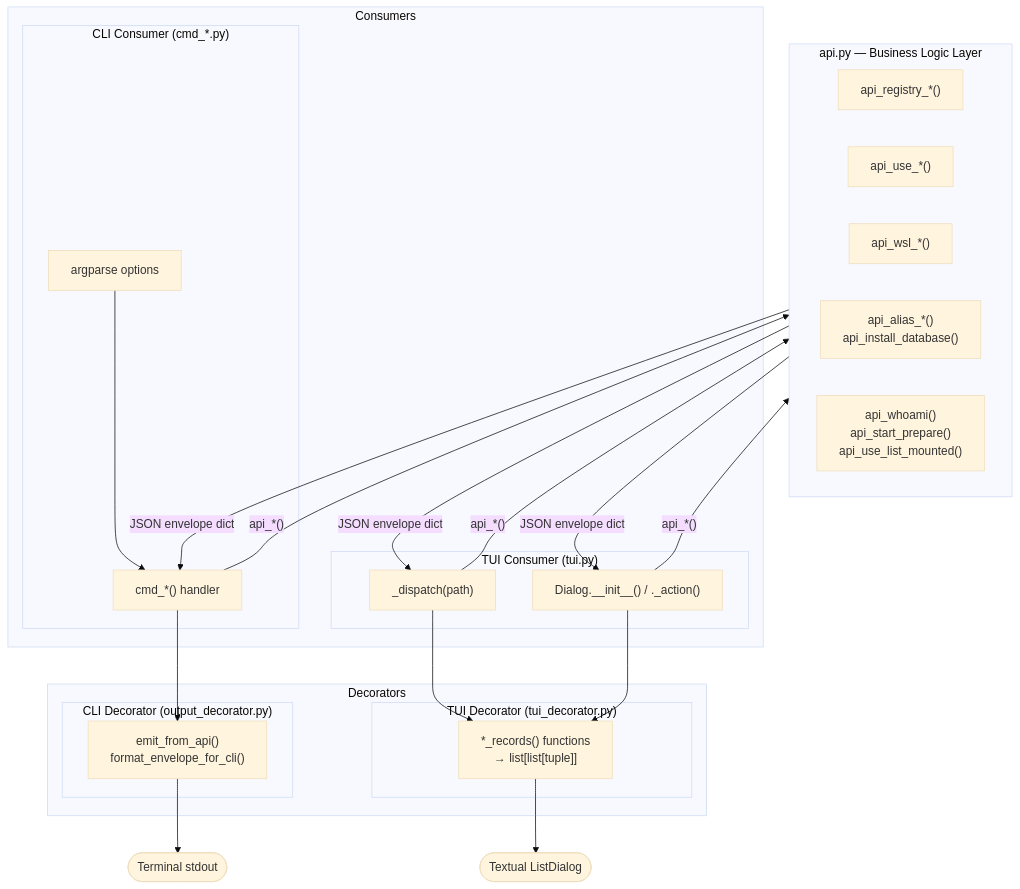
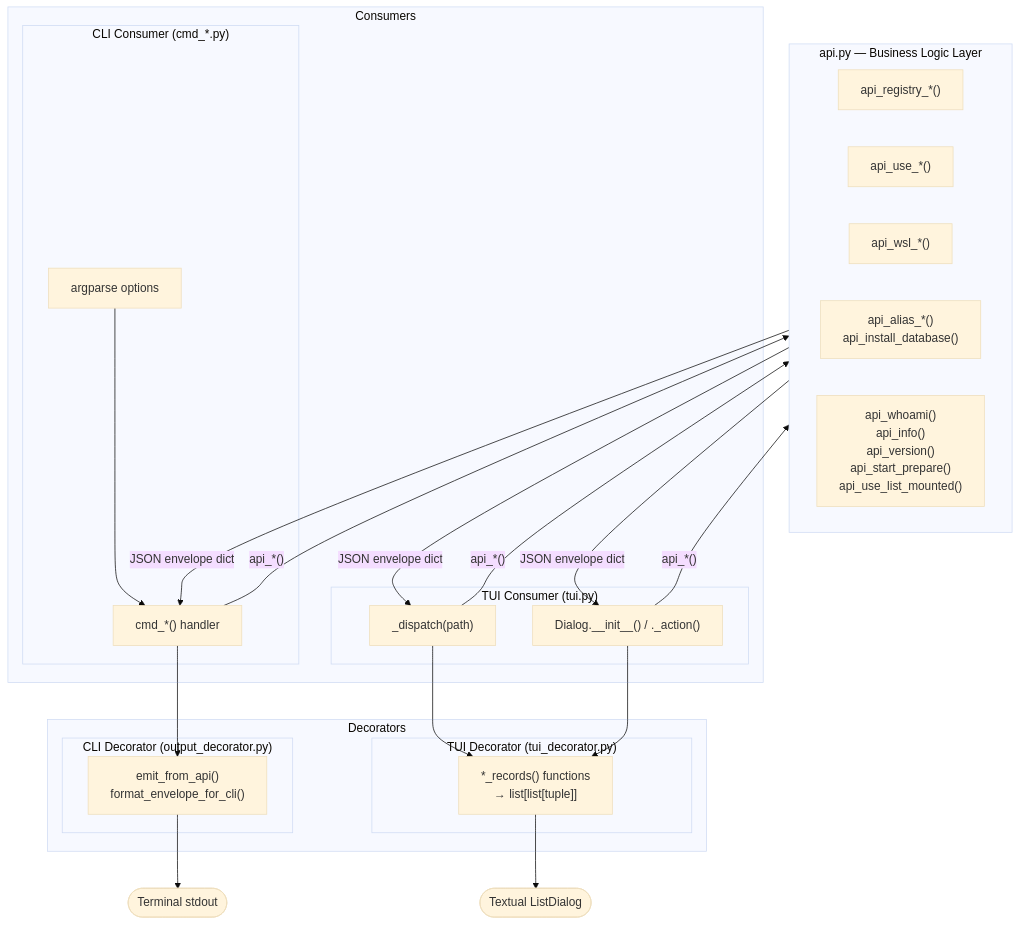
One commit to rmompo/wsl4ai changed the first of 2 diagrams in specs/tool/specs-architecture.md. Above: the diagram before and after it, drawn with Mermaid (base theme). The commit also changed other lines of this file and 4 other files, not shown here.

````diff
--- a/specs/tool/specs-architecture.md
+++ b/specs/tool/specs-architecture.md
@@ -47,44 +48,44 @@
 ```mermaid
 flowchart TB
     subgraph Consumers
         subgraph CLI_Consumer["CLI Consumer (cmd_*.py)"]
             cli_args["argparse options"]
             cli_cmd["cmd_*() handler"]
             cli_args --> cli_cmd
         end
         subgraph TUI_Consumer["TUI Consumer (tui.py)"]
             tui_disp["_dispatch(path)"]
             tui_dlg["Dialog.__init__() / ._action()"]
         end
     end
 
     subgraph Interface["api.py — Business Logic Layer"]
         direction LR
         i_reg["api_registry_*()"]
         i_use["api_use_*()"]
         i_wsl["api_wsl_*()"]
         i_inst["api_alias_*()\napi_install_database()"]
-        i_misc["api_whoami()\napi_start_prepare()\napi_use_list_mounted()"]
+        i_misc["api_whoami()\napi_info()\napi_version()\napi_start_prepare()\napi_use_list_mounted()"]
     end
 
     subgraph Decorators["Decorators"]
         subgraph CLI_Dec["CLI Decorator (output_decorator.py)"]
             emit["emit_from_api()\nformat_envelope_for_cli()"]
         end
         subgraph TUI_Dec["TUI Decorator (tui_decorator.py)"]
             rec["*_records() functions\n→ list[list[tuple]]"]
         end
     end
 
     cli_cmd -->|"api_*()"| Interface
     tui_disp -->|"api_*()"| Interface
     tui_dlg -->|"api_*()"| Interface
 
     Interface -->|"JSON envelope dict"| cli_cmd
     Interface -->|"JSON envelope dict"| tui_disp
     Interface -->|"JSON envelope dict"| tui_dlg
 
     cli_cmd --> emit --> stdout([Terminal stdout])
     tui_disp --> rec --> widgets([Textual ListDialog])
     tui_dlg --> rec
 ```
````
